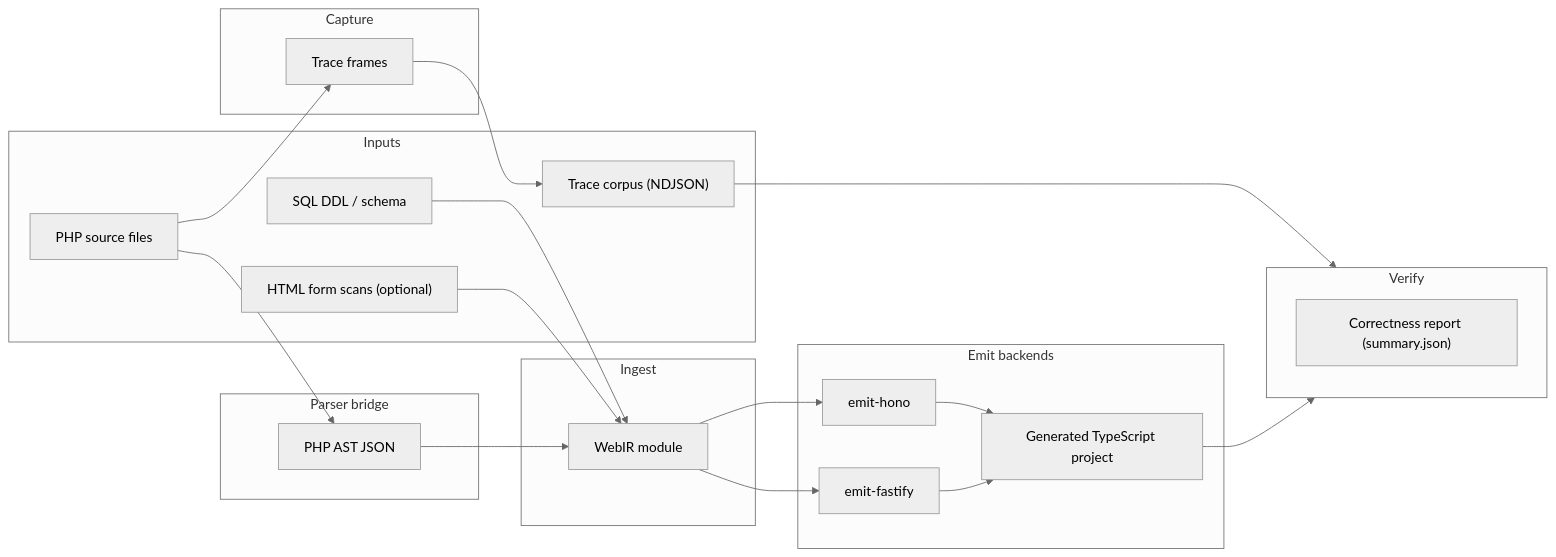
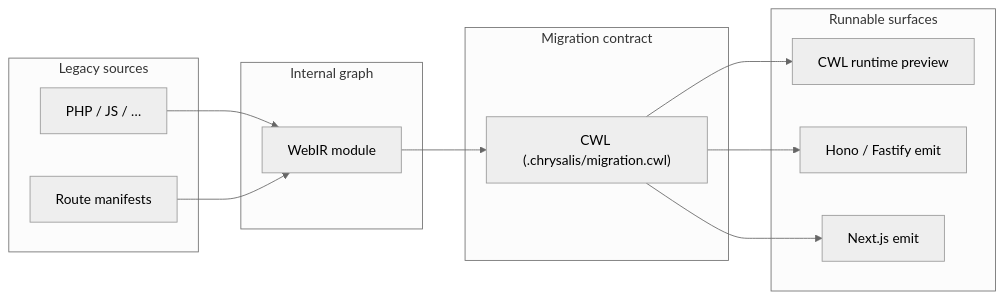
Before and after one commit to AgenticOp-io/chrysalis: the first of 2 diagrams in docs/WHITEPAPER.md, drawn with Mermaid (neutral theme). The commit also changed other lines of this file and 10 other files, not shown here.

````diff
--- a/docs/WHITEPAPER.md
+++ b/docs/WHITEPAPER.md
@@ -69,44 +49,28 @@
 ```mermaid
 flowchart LR
-  subgraph sources["Inputs"]
-    PHP["PHP source files"]
-    DDL["SQL DDL / schema"]
-    HTML["HTML form scans (optional)"]
-    TC["Trace corpus (NDJSON)"]
+  subgraph sources["Legacy sources"]
+    PHP["PHP / JS / …"]
+    Routes["Route manifests"]
   end
 
-  subgraph parse["Parser bridge"]
-    AST["PHP AST JSON"]
-  end
-
-  subgraph ingest_pkg["Ingest"]
+  subgraph ir["Internal graph"]
     WIR["WebIR module"]
   end
 
-  subgraph emit["Emit backends"]
-    EH["emit-hono"]
-    EF["emit-fastify"]
-    TS["Generated TypeScript project"]
+  subgraph contract["Migration contract"]
+    CWL["CWL (.chrysalis/migration.cwl)"]
   end
 
-  subgraph oracle_pkg["Capture"]
-    REC["Trace frames"]
+  subgraph run["Runnable surfaces"]
+    RT["CWL runtime preview"]
+    HONO["Hono / Fastify emit"]
+    NX["Next.js emit"]
   end
 
-  subgraph verify_pkg["Verify"]
-    REP["Correctness report (summary.json)"]
-  end
-
-  PHP --> AST
-  AST --> WIR
-  DDL --> WIR
-  HTML --> WIR
-  TC --> verify_pkg
-  WIR --> EH
-  WIR --> EF
-  EH --> TS
-  EF --> TS
-  TS --> verify_pkg
-  PHP --> REC
-  REC --> TC
+  PHP --> WIR
+  Routes --> WIR
+  WIR --> CWL
+  CWL --> RT
+  CWL --> HONO
+  CWL --> NX
 ```
````
